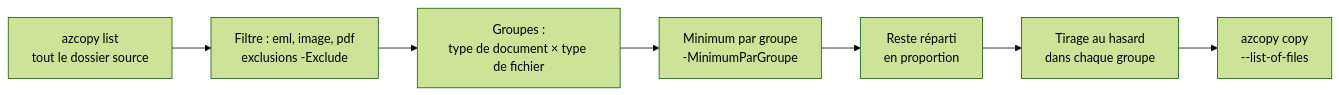
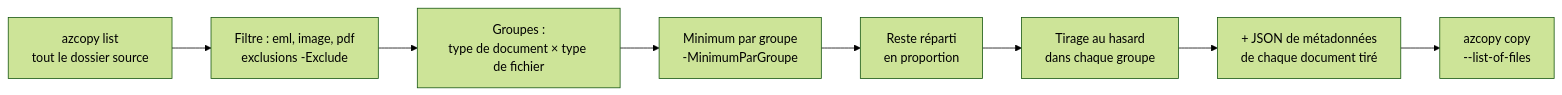
One commit to derchoff/pseudocai changed the diagram in docs/echantillonnage.md. Above: the diagram before and after it, drawn with Mermaid (forest theme). The commit also changed other lines of this file and 5 other files, not shown here.

````diff
--- a/docs/echantillonnage.md
+++ b/docs/echantillonnage.md
@@ -35,9 +35,10 @@
 ```mermaid
 flowchart LR
     L[azcopy list<br/>tout le dossier source] --> F[Filtre : eml, image, pdf<br/>exclusions -Exclude]
     F --> G[Groupes :<br/>type de document × type de fichier]
     G --> M[Minimum par groupe<br/>-MinimumParGroupe]
     M --> P[Reste réparti<br/>en proportion]
     P --> T[Tirage au hasard<br/>dans chaque groupe]
-    T --> C[azcopy copy<br/>--list-of-files]
+    T --> J[+ JSON de métadonnées<br/>de chaque document tiré]
+    J --> C[azcopy copy<br/>--list-of-files]
 ```
````
